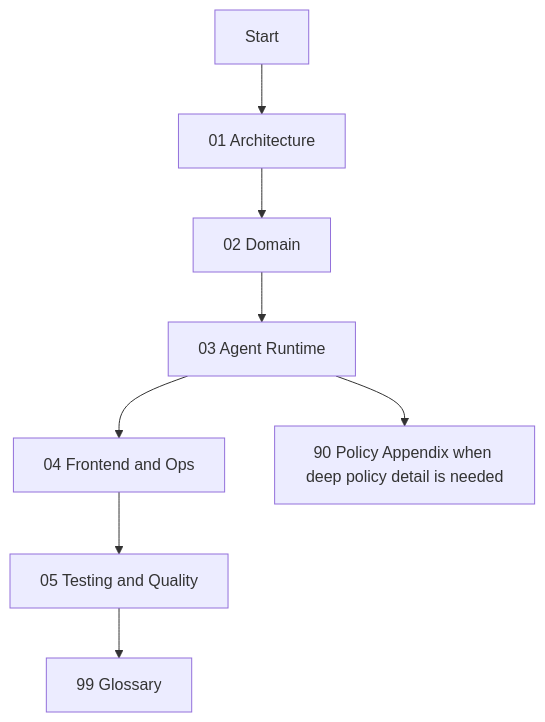
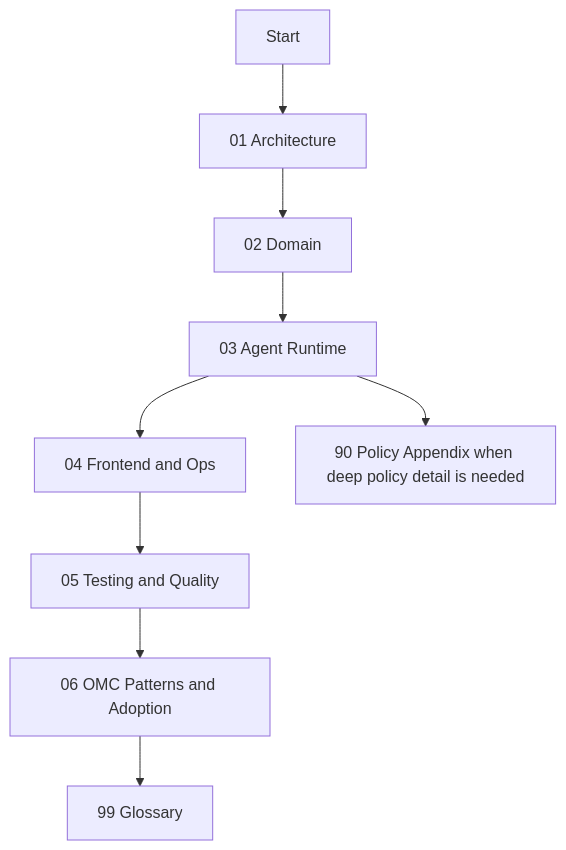
Before and after one commit to nirm3l/constructos-dev: the diagram in docs/internal/00-index.md, drawn with Mermaid. The commit also changed other lines of this file and 16 other files, not shown here.

````diff
--- a/docs/internal/00-index.md
+++ b/docs/internal/00-index.md
@@ -24,10 +25,11 @@
 ```mermaid
 flowchart TD
   A[Start] --> B[01 Architecture]
   B --> C[02 Domain]
   C --> D[03 Agent Runtime]
   D --> E[04 Frontend and Ops]
   E --> F[05 Testing and Quality]
-  F --> G[99 Glossary]
-  D --> H[90 Policy Appendix when deep policy detail is needed]
+  F --> G[06 OMC Patterns and Adoption]
+  G --> H[99 Glossary]
+  D --> I[90 Policy Appendix when deep policy detail is needed]
 ```
````
